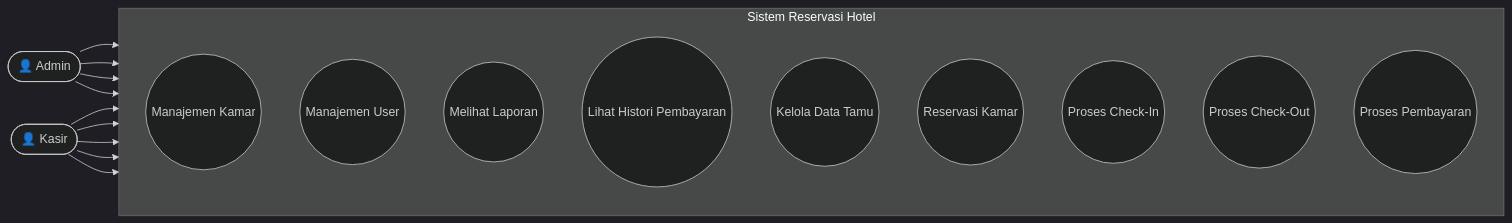
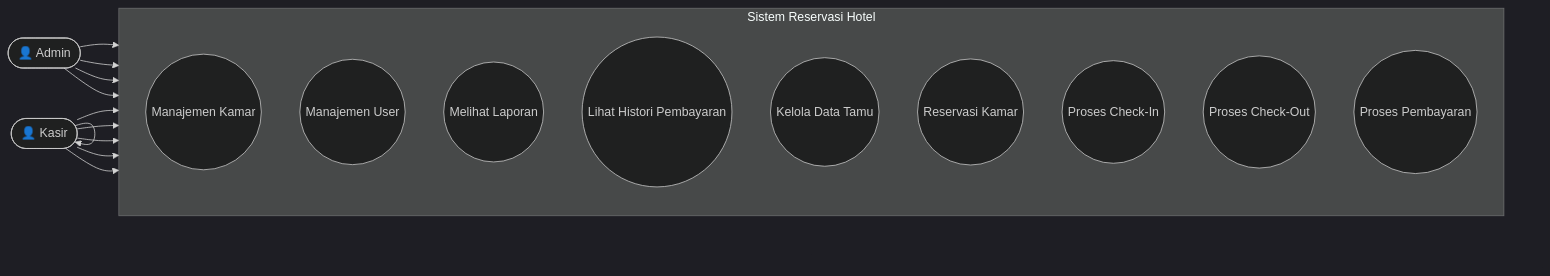
The diagram in UML_Diagrams/use_case.mmd (Rynfrl/HotelReservation), drawn with Mermaid (dark theme) before and after one commit. The commit also changed 5 other files, not shown here.

Commit message:
docs: user refined UML mermaid diagrams with date validation and sequence fixes

```diff
--- a/UML_Diagrams/use_case.mmd
+++ b/UML_Diagrams/use_case.mmd
@@ -1,32 +1,33 @@
 flowchart LR
     %% Actors
     Admin([👤 Admin])
     Kasir([👤 Kasir])
 
     %% System Boundary
     subgraph Sistem Reservasi Hotel
         direction TB
         UC1((Manajemen Kamar))
         UC2((Manajemen User))
         UC3((Melihat Laporan))
         UC4((Lihat Histori Pembayaran))
 
         UC5((Kelola Data Tamu))
         UC6((Reservasi Kamar))
         UC7((Proses Check-In))
         UC8((Proses Check-Out))
         UC9((Proses Pembayaran))
     end
 
     %% Admin Relationships
     Admin --> UC1
     Admin --> UC2
     Admin --> UC3
     Admin --> UC4
 
     %% Kasir Relationships
     Kasir --> UC5
     Kasir --> UC6
     Kasir --> UC7
     Kasir --> UC8
+    Kasir --> Kasir
     Kasir --> UC9
```
